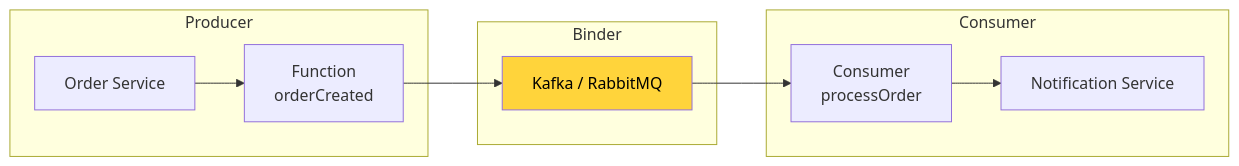
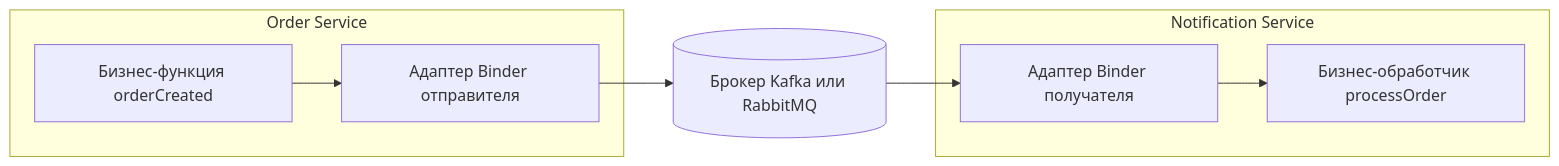
Before and after one commit to akeverus/cheat-sheet: diagram 19 of 19 in cheatsheets/interview/frameworks/spring/spring-cloud-interview.md, drawn with Mermaid. The commit also changed other lines of this file and 2 other files, not shown here.

````diff
--- a/cheatsheets/interview/frameworks/spring/spring-cloud-interview.md
+++ b/cheatsheets/interview/frameworks/spring/spring-cloud-interview.md
@@ -1121,20 +1326,13 @@
 ```mermaid
-graph LR
-    subgraph Producer
-        P[Order Service]
-        O[Function<br/>orderCreated]
+flowchart LR
+    subgraph P[Order Service]
+        O[Бизнес-функция orderCreated]
+        BP[Адаптер Binder отправителя]
     end
-
-    subgraph Binder
-        K[Kafka / RabbitMQ]
+    K[(Брокер Kafka или RabbitMQ)]
+    subgraph C[Notification Service]
+        BC[Адаптер Binder получателя]
+        F[Бизнес-обработчик processOrder]
     end
-
-    subgraph Consumer
-        C[Notification Service]
-        F[Consumer<br/>processOrder]
-    end
-
-    P --> O --> K --> F --> C
-
-    style K fill:#ffd43b,color:#000
+    O --> BP --> K --> BC --> F
 ```
````
